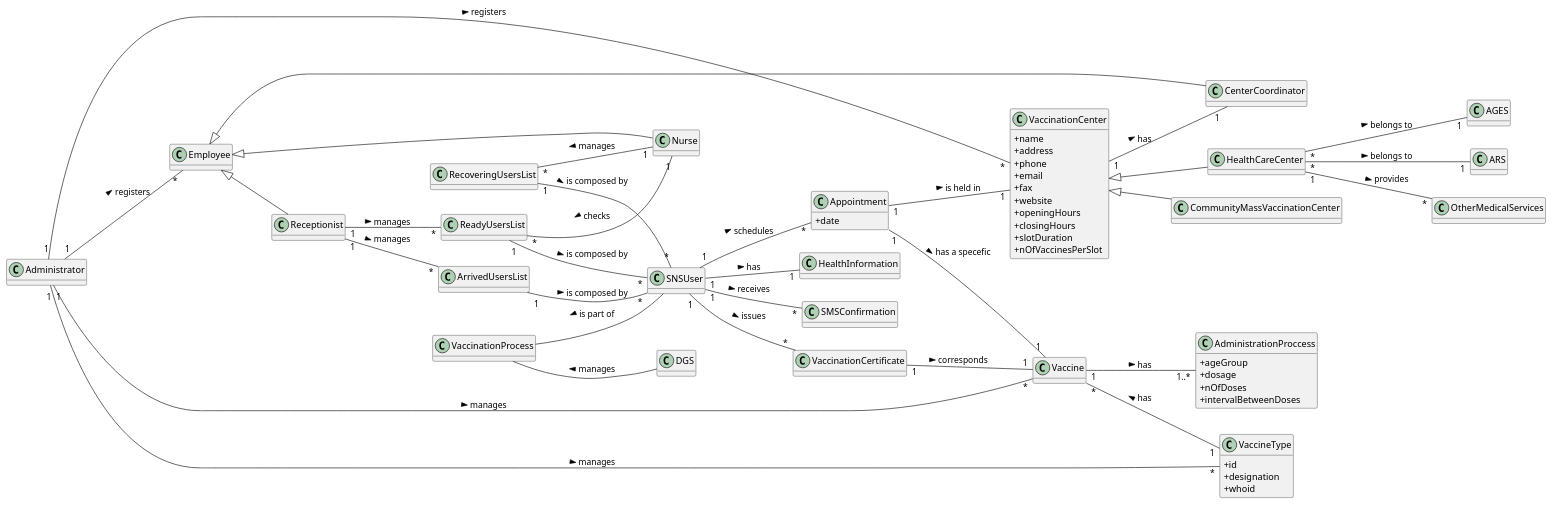
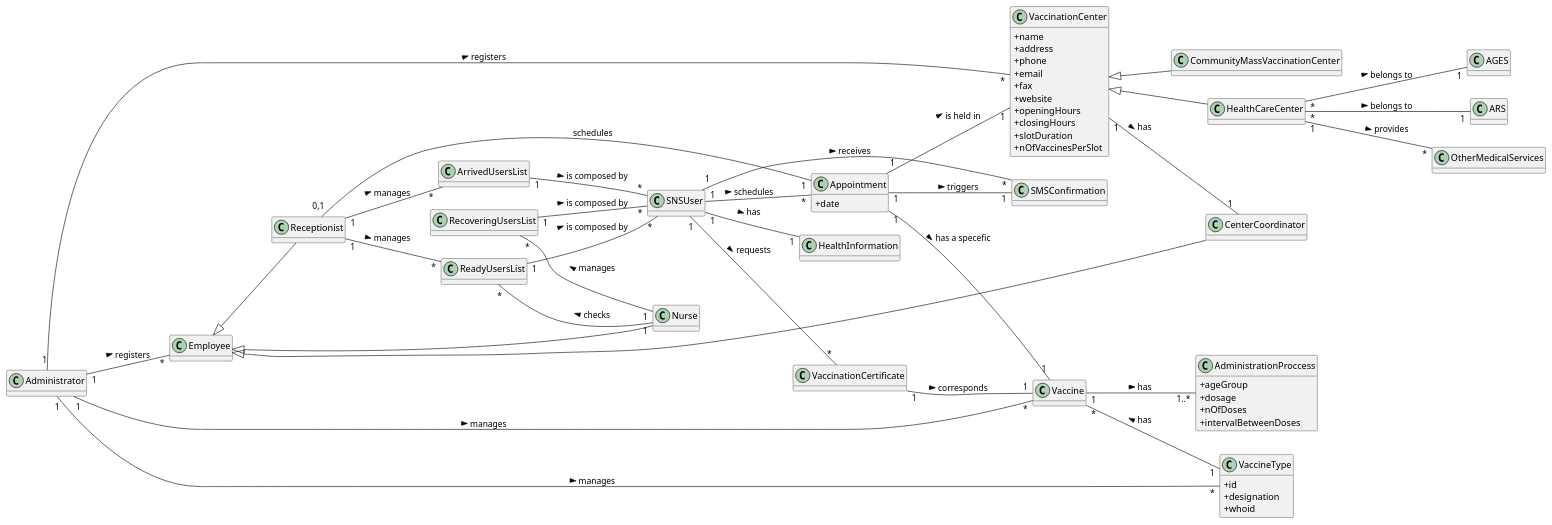
The diagram in docs/SprintA/DM.puml (miseEnPlace-i/lapr2), drawn with PlantUML before and after one commit.

Commit message:
docs(dm): removed useless relations

```diff
--- a/docs/SprintA/DM.puml
+++ b/docs/SprintA/DM.puml
@@ -1,110 +1,108 @@
 @startuml
 
 hide methods
 left to right direction
 skinparam classAttributeIconSize 0
 
 class CommunityMassVaccinationCenter {}
 
 class HealthCareCenter {}
 
 class VaccinationCenter {
   + name
   + address
   + phone
   + email
   + fax
   + website
   + openingHours
   + closingHours
   + slotDuration
   + nOfVaccinesPerSlot
 }
 
 class Vaccine {}
 
 class VaccineType {
     + id
     + designation
     + whoid
 }
-
-class DGS {}
 
 class SNSUser {}
 
 class HealthInformation {}
 
 class Administrator {}
 
 class Employee {}
 
 class Nurse {}
 
 class Receptionist {}
 
 class CenterCoordinator {}
 
 class Appointment {
   + date
 }
 
 class AdministrationProccess {
   + ageGroup
   + dosage
   + nOfDoses
   + intervalBetweenDoses
 }
 
 class AGES {}
 
 class ARS {}
 
 Vaccine "*" -- "1" VaccineType : has <
 
 Employee <|-- Nurse
 Employee <|-- Receptionist
 Employee <|-- CenterCoordinator
 
 VaccinationCenter <|-- CommunityMassVaccinationCenter
 VaccinationCenter <|-- HealthCareCenter
 
 VaccinationCenter "1" -- "1" CenterCoordinator : has >
 
 HealthCareCenter "*" -- "1" AGES : belongs to > 
 HealthCareCenter "*" -- "1" ARS : belongs to >
 
 Appointment "1" -- "1" VaccinationCenter : is held in >
 Appointment "1" -- "1" Vaccine : has a specefic >
+Appointment "1" -- "1" SMSConfirmation : triggers >
 
 Receptionist "1" -- "*" ReadyUsersList : manages >
 Receptionist "1" -- "*" ArrivedUsersList : manages >
 
 ReadyUsersList "1" -- "*" SNSUser : is composed by >
 ArrivedUsersList "1" -- "*" SNSUser : is composed by > 
 RecoveringUsersList "1" -- "*" SNSUser : is composed by >
 
 ReadyUsersList "*" -- "1" Nurse : checks <
 RecoveringUsersList "*" -- "1" Nurse : manages <
 
 Administrator "1" -- "*" Employee : registers >
 Administrator "1" -- "*" VaccinationCenter : registers >
 Administrator "1" -- "*" VaccineType : manages >
 Administrator "1" -- "*" Vaccine : manages >
 
-VaccinationProcess -- DGS : manages <
-VaccinationProcess -- SNSUser : is part of <
-
 SNSUser "1" -- "*" Appointment : schedules >
 SNSUser "1" -- "1" HealthInformation : has >
 
 Vaccine "1" -- "1..*" AdministrationProccess : has >
 
 SNSUser "1" -- "*" SMSConfirmation : receives >
 
 HealthCareCenter "1" -- "*" OtherMedicalServices : provides >
 
-SNSUser "1" -- "*" VaccinationCertificate : issues >
+SNSUser "1" -- "*" VaccinationCertificate : requests >
 VaccinationCertificate "1" -- "1" Vaccine : corresponds >
 
+Receptionist "0,1" -- "1" Appointment : schedules
+
 @enduml
```
